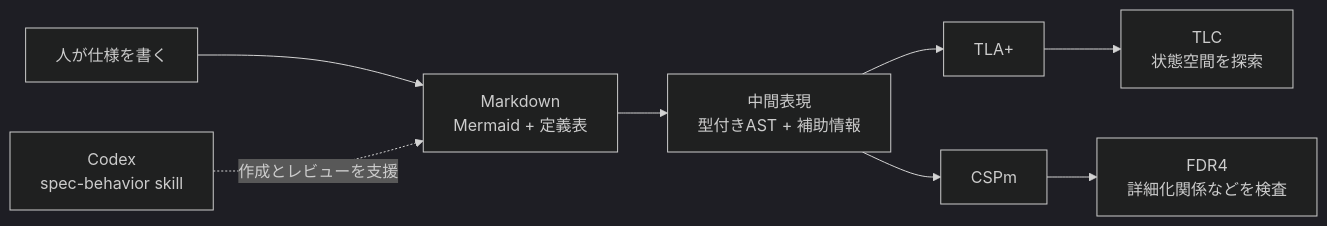
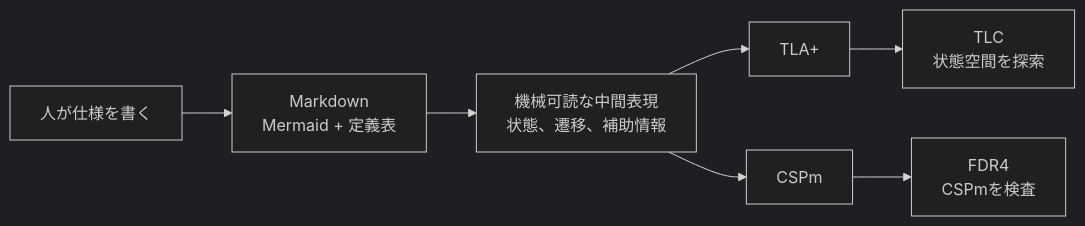
The third of 5 diagrams in README.md (daikichiba9511/specforge), drawn with Mermaid before and after one commit. The commit also changed other lines of this file and 4 other files, not shown here.

````diff
--- a/README.md
+++ b/README.md
@@ -31,18 +167,16 @@
 ```mermaid
 %%{init: {"theme": "dark"}}%%
 flowchart LR
     Human["人が仕様を書く"]
-    Skill["Codex<br/>spec-behavior skill"]
     Spec["Markdown<br/>Mermaid + 定義表"]
-    IR["中間表現<br/>型付きAST + 補助情報"]
+    IR["機械可読な中間表現<br/>状態、遷移、補助情報"]
     TLA["TLA+"]
     CSP["CSPm"]
     TLC["TLC<br/>状態空間を探索"]
-    FDR["FDR4<br/>詳細化関係などを検査"]
+    FDR["FDR4<br/>CSPmを検査"]
 
     Human --> Spec
-    Skill -. "作成とレビューを支援" .-> Spec
     Spec --> IR
     IR --> TLA --> TLC
     IR --> CSP --> FDR
 ```
````
